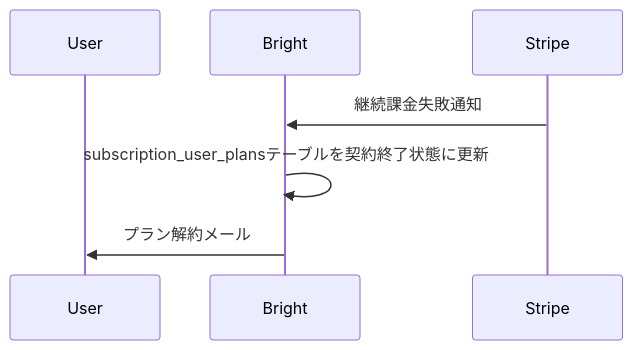
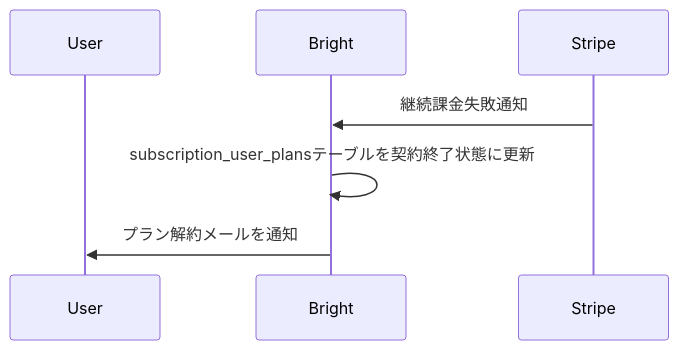
One commit to bright-org/bright changed the tenth of 10 diagrams in docs/logics/subscription.md. Above: the diagram before and after it, drawn with Mermaid. The commit also changed other lines of this file, not shown here.

````diff
--- a/docs/logics/subscription.md
+++ b/docs/logics/subscription.md
@@ -171,10 +253,10 @@
 ```mermaid
 sequenceDiagram
     participant User
     participant Bright
     participant Stripe
 
     Stripe ->> Bright: 継続課金失敗通知
     Bright ->> Bright: subscription_user_plansテーブルを契約終了状態に更新
-    Bright ->> User: プラン解約メール
+    Bright ->> User: プラン解約メールを通知
 ```
````
